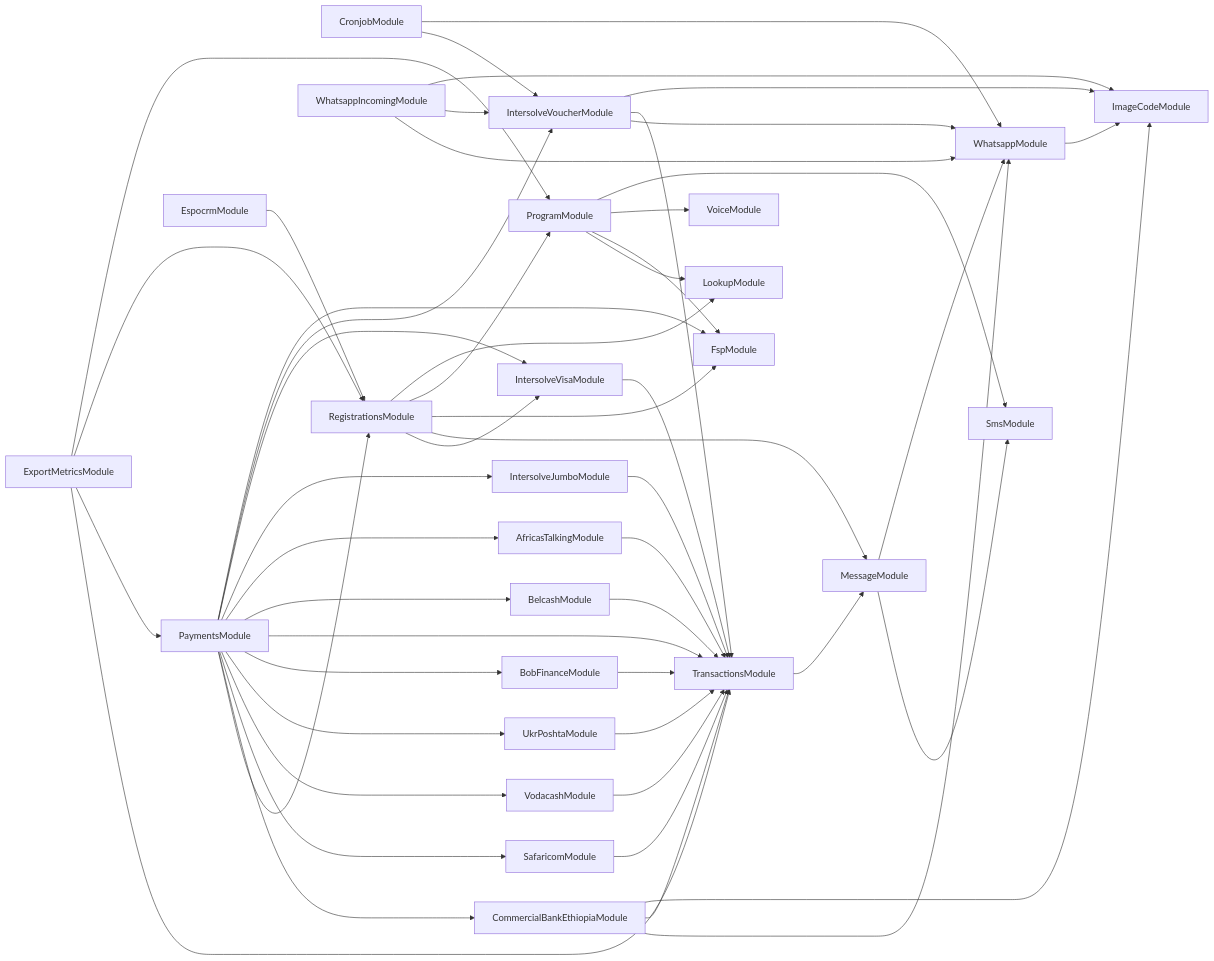
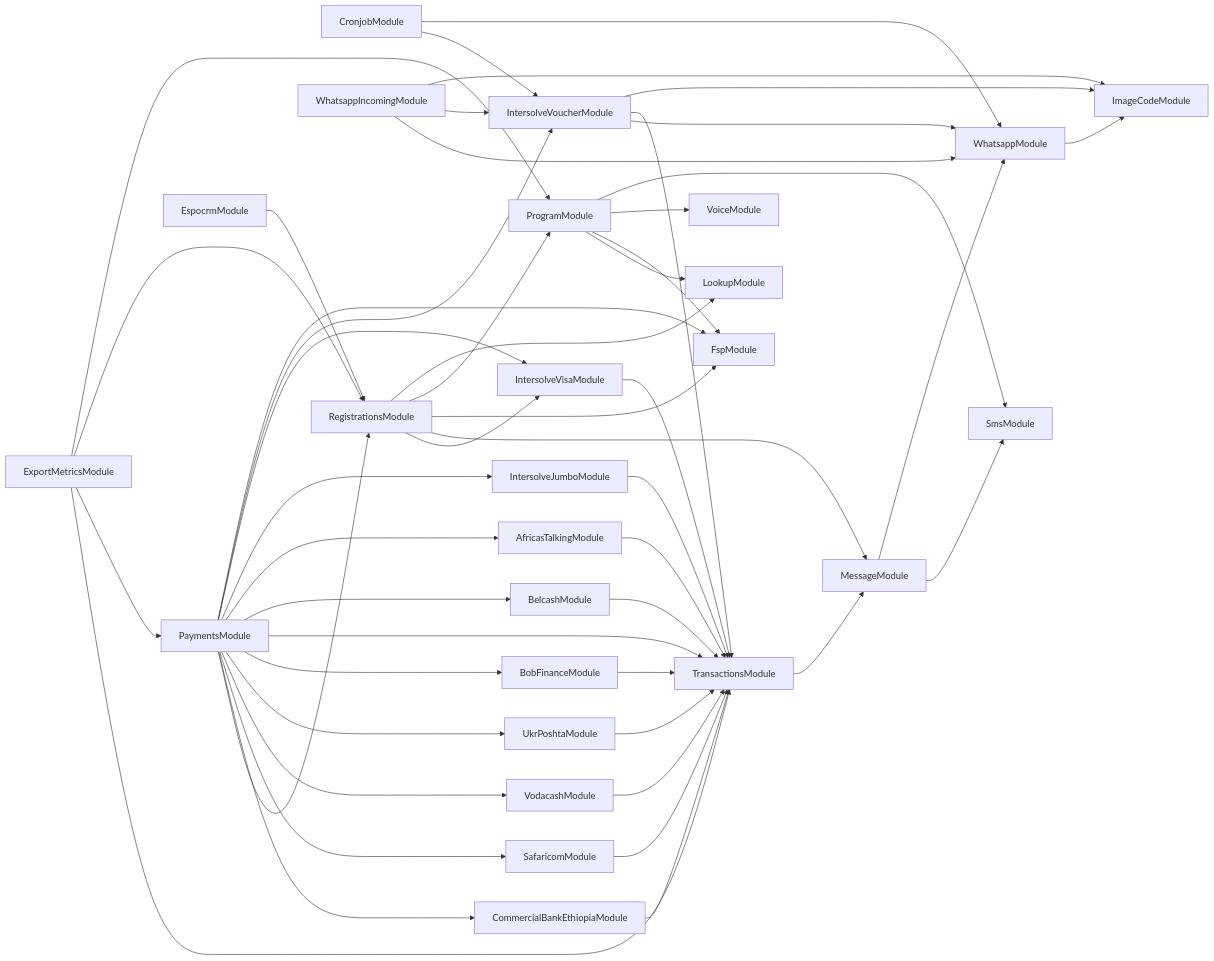
One commit to global-121/121-platform changed the diagram in services/121-service/module-dependencies.md. Above: the diagram before and after it, drawn with Mermaid. The commit also changed 3 other files, not shown here.

````diff
--- a/services/121-service/module-dependencies.md
+++ b/services/121-service/module-dependencies.md
@@ -3,53 +3,51 @@
 ```mermaid
 graph LR
   ProgramModule-->SmsModule
   ProgramModule-->VoiceModule
   ProgramModule-->FspModule
   ProgramModule-->LookupModule
   CronjobModule-->WhatsappModule
   WhatsappModule-->ImageCodeModule
   CronjobModule-->IntersolveVoucherModule
   IntersolveVoucherModule-->ImageCodeModule
   IntersolveVoucherModule-->TransactionsModule
   TransactionsModule-->MessageModule
   MessageModule-->WhatsappModule
   MessageModule-->SmsModule
   IntersolveVoucherModule-->WhatsappModule
   RegistrationsModule-->LookupModule
   RegistrationsModule-->ProgramModule
   RegistrationsModule-->FspModule
   RegistrationsModule-->MessageModule
   RegistrationsModule-->IntersolveVisaModule
   IntersolveVisaModule-->TransactionsModule
   ExportMetricsModule-->ProgramModule
   ExportMetricsModule-->RegistrationsModule
   ExportMetricsModule-->PaymentsModule
   PaymentsModule-->FspModule
   PaymentsModule-->IntersolveVoucherModule
   PaymentsModule-->IntersolveVisaModule
   PaymentsModule-->IntersolveJumboModule
   IntersolveJumboModule-->TransactionsModule
   PaymentsModule-->AfricasTalkingModule
   AfricasTalkingModule-->TransactionsModule
   PaymentsModule-->BelcashModule
   BelcashModule-->TransactionsModule
   PaymentsModule-->TransactionsModule
   PaymentsModule-->BobFinanceModule
   BobFinanceModule-->TransactionsModule
   PaymentsModule-->UkrPoshtaModule
   UkrPoshtaModule-->TransactionsModule
   PaymentsModule-->VodacashModule
   VodacashModule-->TransactionsModule
   PaymentsModule-->SafaricomModule
   SafaricomModule-->TransactionsModule
   PaymentsModule-->CommercialBankEthiopiaModule
-  CommercialBankEthiopiaModule-->ImageCodeModule
   CommercialBankEthiopiaModule-->TransactionsModule
-  CommercialBankEthiopiaModule-->WhatsappModule
   PaymentsModule-->RegistrationsModule
   ExportMetricsModule-->TransactionsModule
   WhatsappIncomingModule-->ImageCodeModule
   WhatsappIncomingModule-->IntersolveVoucherModule
   WhatsappIncomingModule-->WhatsappModule
   EspocrmModule-->RegistrationsModule
 ```
````
